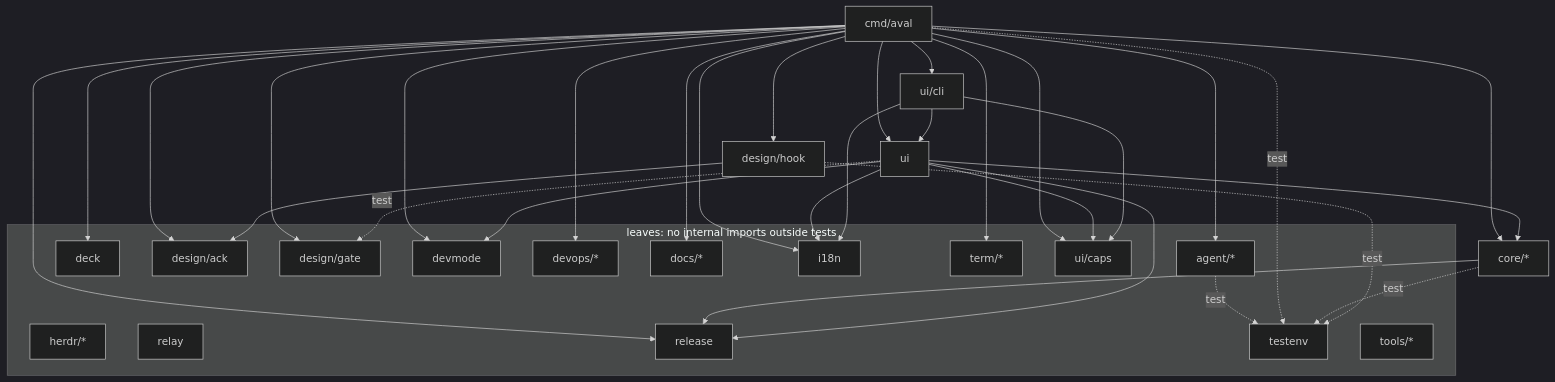
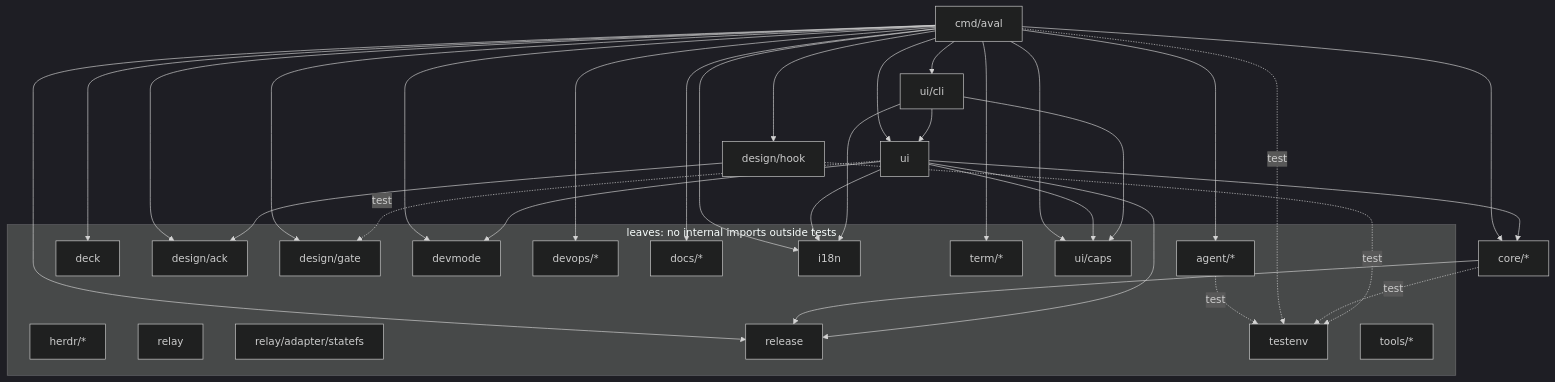
One commit to alvaroofernaandez/aval changed the diagram in docs/architecture/model.md. Above: the diagram before and after it, drawn with Mermaid (dark theme). The commit also changed 3 other files, not shown here.

````diff
--- a/docs/architecture/model.md
+++ b/docs/architecture/model.md
@@ -12,55 +12,56 @@
 ```mermaid
 flowchart TD
   cmd_aval["cmd/aval"]
   ui_cli["ui/cli"]
   ui["ui"]
   core["core/*"]
   design_hook["design/hook"]
   subgraph leaves["leaves: no internal imports outside tests"]
     agent["agent/*"]
     deck["deck"]
     design_ack["design/ack"]
     design_gate["design/gate"]
     devmode["devmode"]
     devops["devops/*"]
     docs["docs/*"]
     herdr["herdr/*"]
     i18n["i18n"]
     relay["relay"]
+    relay_adapter_statefs["relay/adapter/statefs"]
     release["release"]
     term["term/*"]
     testenv["testenv"]
     tools["tools/*"]
     ui_caps["ui/caps"]
   end
   agent -.->|test| testenv
   cmd_aval --> agent
   cmd_aval --> core
   cmd_aval --> deck
   cmd_aval --> design_ack
   cmd_aval --> design_gate
   cmd_aval --> design_hook
   cmd_aval --> devmode
   cmd_aval --> devops
   cmd_aval --> docs
   cmd_aval --> i18n
   cmd_aval --> release
   cmd_aval --> term
   cmd_aval --> ui
   cmd_aval --> ui_caps
   cmd_aval --> ui_cli
   cmd_aval -.->|test| testenv
   core --> release
   core -.->|test| testenv
   design_hook --> design_ack
   design_hook -.->|test| testenv
   ui --> core
   ui --> devmode
   ui --> i18n
   ui --> release
   ui --> ui_caps
   ui -.->|test| design_gate
   ui_cli --> i18n
   ui_cli --> ui
   ui_cli --> ui_caps
 ```
````
